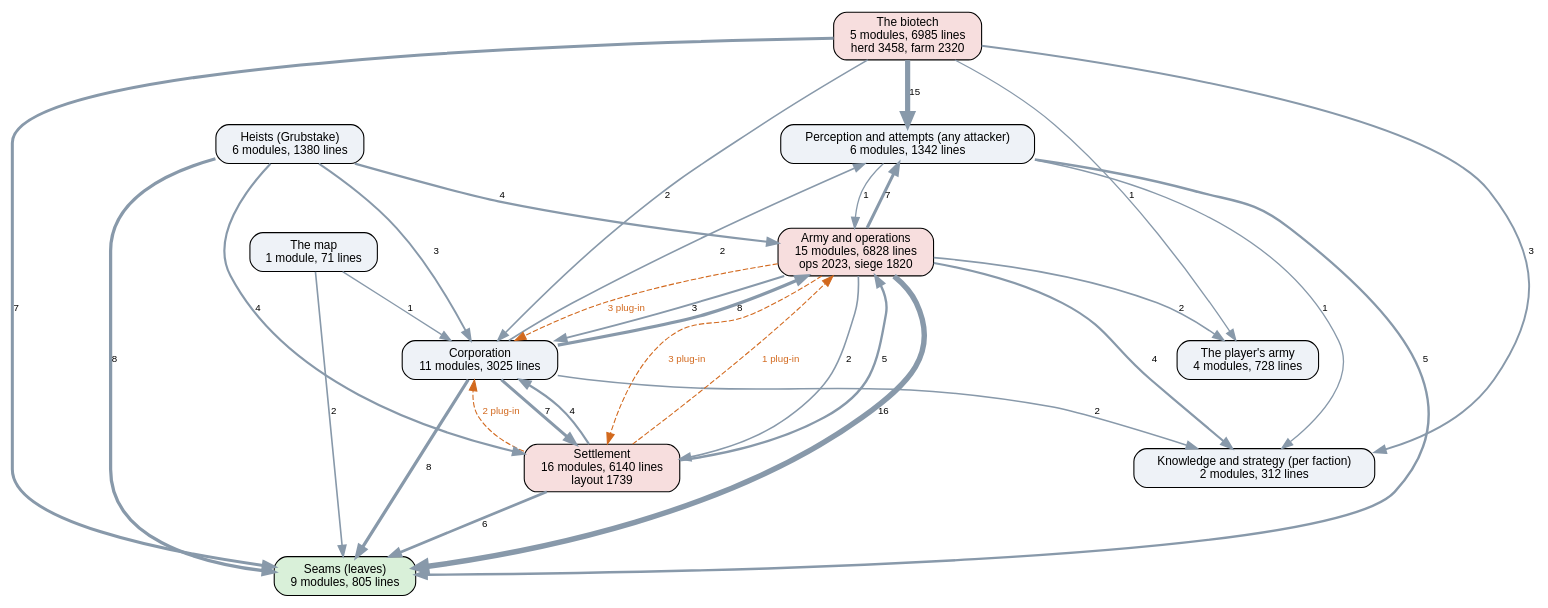
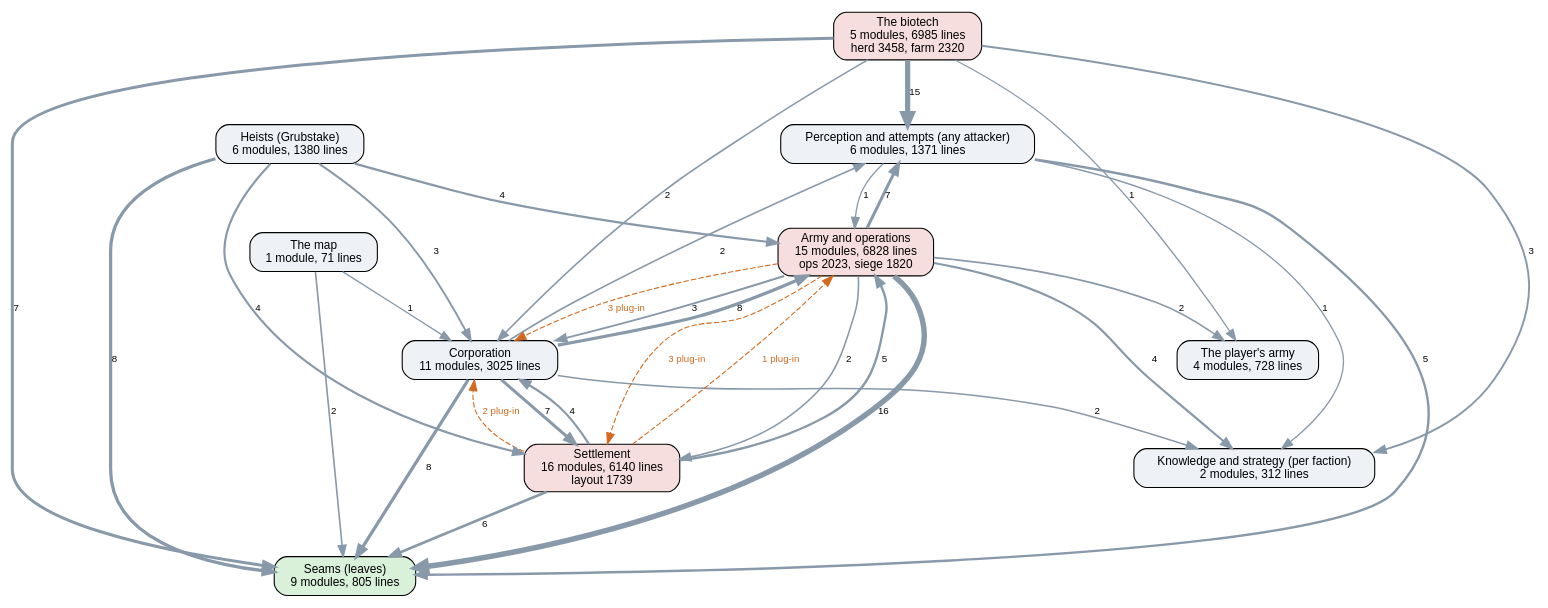
Before and after one commit to kinelhu/landing-party: the diagram in docs/ai-layers.dot, drawn with Graphviz. The commit also changed 8 other files, not shown here.

```diff
--- a/docs/ai-layers.dot
+++ b/docs/ai-layers.dot
@@ -1,47 +1,47 @@
 digraph layers {
   graph [rankdir=TB, fontname="Helvetica", nodesep=0.5, ranksep=0.7];
   node [shape=box, style="rounded,filled", fontname="Helvetica", fontsize=11, fillcolor="#eef2f7"];
   edge [color="#8899aa", fontname="Helvetica", fontsize=9];
   "Seams (leaves)" [label="Seams (leaves)\n9 modules, 805 lines", fillcolor="#d9f0d9"];
-  "Perception and attempts (any attacker)" [label="Perception and attempts (any attacker)\n6 modules, 1342 lines", fillcolor="#eef2f7"];
+  "Perception and attempts (any attacker)" [label="Perception and attempts (any attacker)\n6 modules, 1371 lines", fillcolor="#eef2f7"];
   "Knowledge and strategy (per faction)" [label="Knowledge and strategy (per faction)\n2 modules, 312 lines", fillcolor="#eef2f7"];
   "Corporation" [label="Corporation\n11 modules, 3025 lines", fillcolor="#eef2f7"];
   "Settlement" [label="Settlement\n16 modules, 6140 lines\nlayout 1739", fillcolor="#f7dede"];
   "Army and operations" [label="Army and operations\n15 modules, 6828 lines\nops 2023, siege 1820", fillcolor="#f7dede"];
   "Heists (Grubstake)" [label="Heists (Grubstake)\n6 modules, 1380 lines", fillcolor="#eef2f7"];
   "The biotech" [label="The biotech\n5 modules, 6985 lines\nherd 3458, farm 2320", fillcolor="#f7dede"];
   "The map" [label="The map\n1 module, 71 lines", fillcolor="#eef2f7"];
   "The player's army" [label="The player's army\n4 modules, 728 lines", fillcolor="#eef2f7"];
   "Army and operations" -> "Corporation" [label="3", penwidth=1.8];
   "Army and operations" -> "Knowledge and strategy (per faction)" [label="4", penwidth=2.0];
   "Army and operations" -> "Perception and attempts (any attacker)" [label="7", penwidth=2.8];
   "Army and operations" -> "Seams (leaves)" [label="16", penwidth=5.0];
   "Army and operations" -> "Settlement" [label="2", penwidth=1.5];
   "Army and operations" -> "The player's army" [label="2", penwidth=1.5];
   "Corporation" -> "Army and operations" [label="8", penwidth=3.0];
   "Corporation" -> "Knowledge and strategy (per faction)" [label="2", penwidth=1.5];
   "Corporation" -> "Perception and attempts (any attacker)" [label="2", penwidth=1.5];
   "Corporation" -> "Seams (leaves)" [label="8", penwidth=3.0];
   "Corporation" -> "Settlement" [label="7", penwidth=2.8];
   "Heists (Grubstake)" -> "Army and operations" [label="4", penwidth=2.0];
   "Heists (Grubstake)" -> "Corporation" [label="3", penwidth=1.8];
   "Heists (Grubstake)" -> "Seams (leaves)" [label="8", penwidth=3.0];
   "Heists (Grubstake)" -> "Settlement" [label="4", penwidth=2.0];
   "Perception and attempts (any attacker)" -> "Army and operations" [label="1", penwidth=1.2];
   "Perception and attempts (any attacker)" -> "Knowledge and strategy (per faction)" [label="1", penwidth=1.2];
   "Perception and attempts (any attacker)" -> "Seams (leaves)" [label="5", penwidth=2.2];
   "Settlement" -> "Army and operations" [label="5", penwidth=2.2];
   "Settlement" -> "Corporation" [label="4", penwidth=2.0];
   "Settlement" -> "Seams (leaves)" [label="6", penwidth=2.5];
   "The biotech" -> "Corporation" [label="2", penwidth=1.5];
   "The biotech" -> "Knowledge and strategy (per faction)" [label="3", penwidth=1.8];
   "The biotech" -> "Perception and attempts (any attacker)" [label="15", penwidth=4.8];
   "The biotech" -> "Seams (leaves)" [label="7", penwidth=2.8];
   "The biotech" -> "The player's army" [label="1", penwidth=1.2];
   "The map" -> "Corporation" [label="1", penwidth=1.2];
   "The map" -> "Seams (leaves)" [label="2", penwidth=1.5];
   "Army and operations" -> "Corporation" [style=dashed, color="#d2691e", fontcolor="#d2691e", label="3 plug-in"];
   "Army and operations" -> "Settlement" [style=dashed, color="#d2691e", fontcolor="#d2691e", label="3 plug-in"];
   "Settlement" -> "Army and operations" [style=dashed, color="#d2691e", fontcolor="#d2691e", label="1 plug-in"];
   "Settlement" -> "Corporation" [style=dashed, color="#d2691e", fontcolor="#d2691e", label="2 plug-in"];
 }
```
